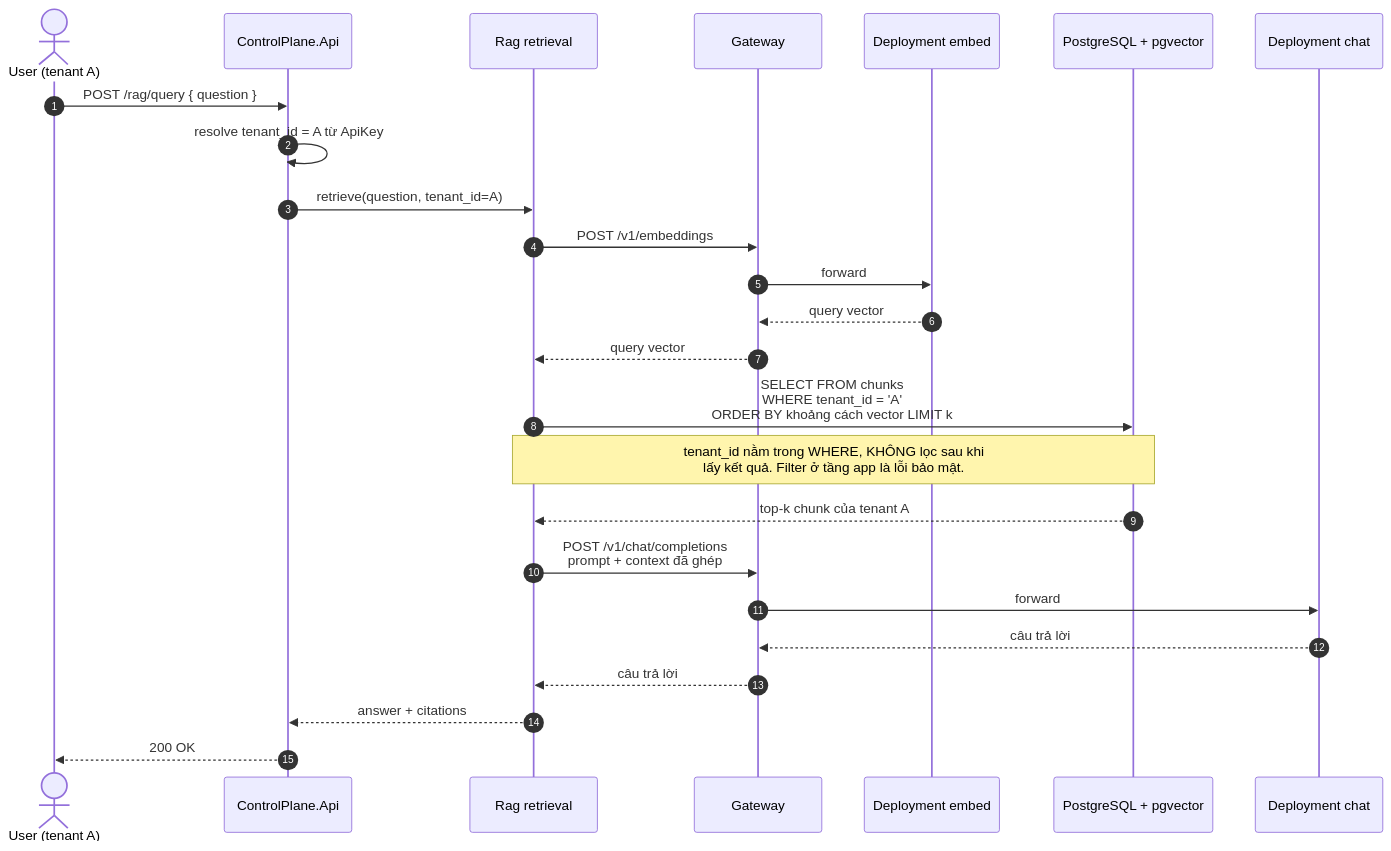
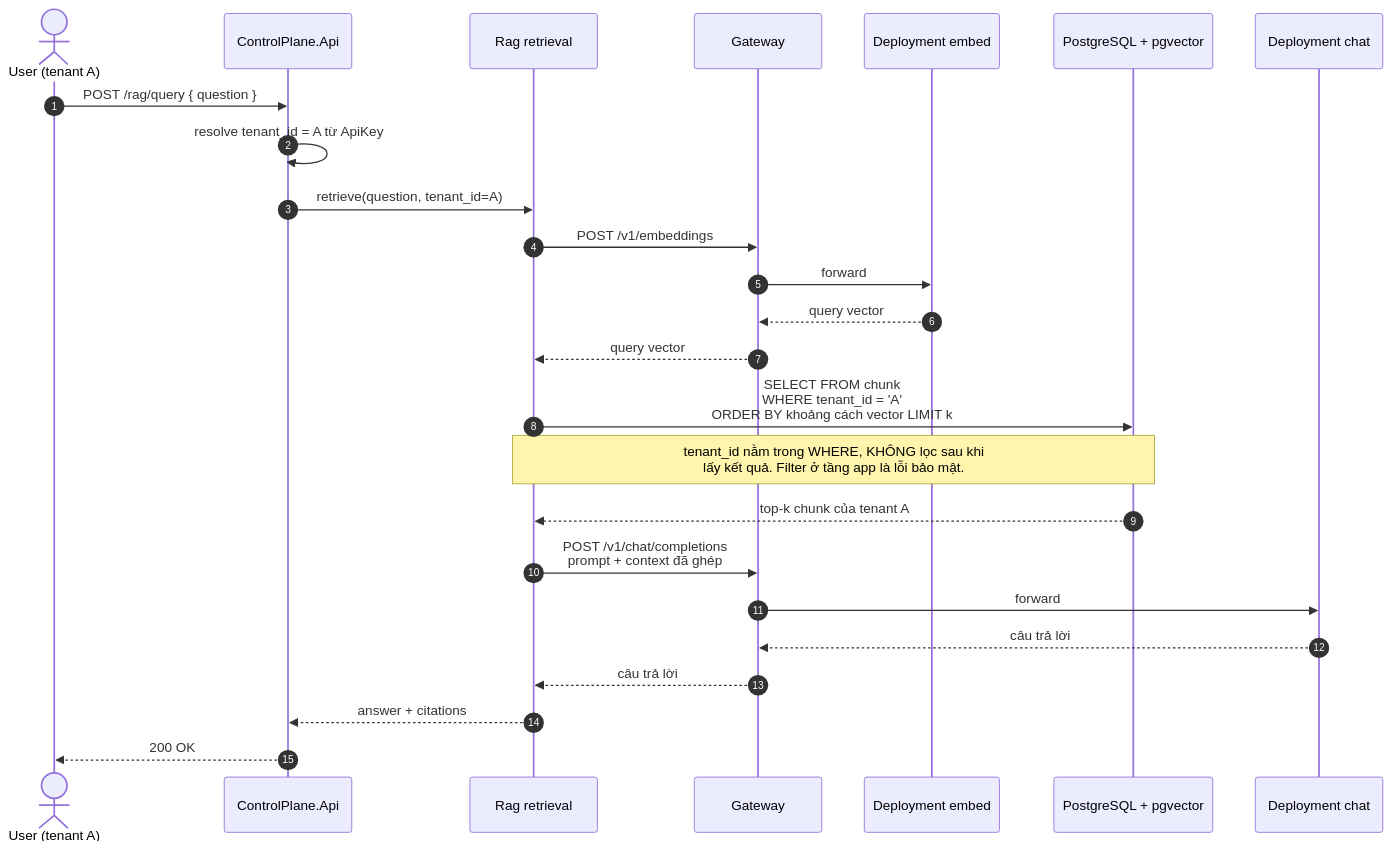
The third of 5 diagrams in docs/sequences.md (knightphucs/selfhost-llm-platform), drawn with Mermaid before and after one commit. The commit also changed other lines of this file, not shown here.

First line of the commit message:
docs: đồng bộ SQL retrieval trong sequences.md §2b với code

````diff
--- a/docs/sequences.md
+++ b/docs/sequences.md
@@ -116,31 +116,31 @@
 ```mermaid
 sequenceDiagram
     autonumber
     actor U as User (tenant A)
     participant CP as ControlPlane.Api
     participant RAG as Rag retrieval
     participant GW as Gateway
     participant EMB as Deployment embed
     participant DB as PostgreSQL + pgvector
     participant LLM as Deployment chat
 
     U->>CP: POST /rag/query { question }
     CP->>CP: resolve tenant_id = A từ ApiKey
     CP->>RAG: retrieve(question, tenant_id=A)
     RAG->>GW: POST /v1/embeddings
     GW->>EMB: forward
     EMB-->>GW: query vector
     GW-->>RAG: query vector
 
-    RAG->>DB: SELECT FROM chunks<br/>WHERE tenant_id = 'A'<br/>ORDER BY khoảng cách vector LIMIT k
+    RAG->>DB: SELECT FROM chunk<br/>WHERE tenant_id = 'A'<br/>ORDER BY khoảng cách vector LIMIT k
 
     Note over RAG,DB: tenant_id nằm trong WHERE, KHÔNG lọc sau khi<br/>lấy kết quả. Filter ở tầng app là lỗi bảo mật.
 
     DB-->>RAG: top-k chunk của tenant A
     RAG->>GW: POST /v1/chat/completions<br/>prompt + context đã ghép
     GW->>LLM: forward
     LLM-->>GW: câu trả lời
     GW-->>RAG: câu trả lời
     RAG-->>CP: answer + citations
     CP-->>U: 200 OK
 ```
````
